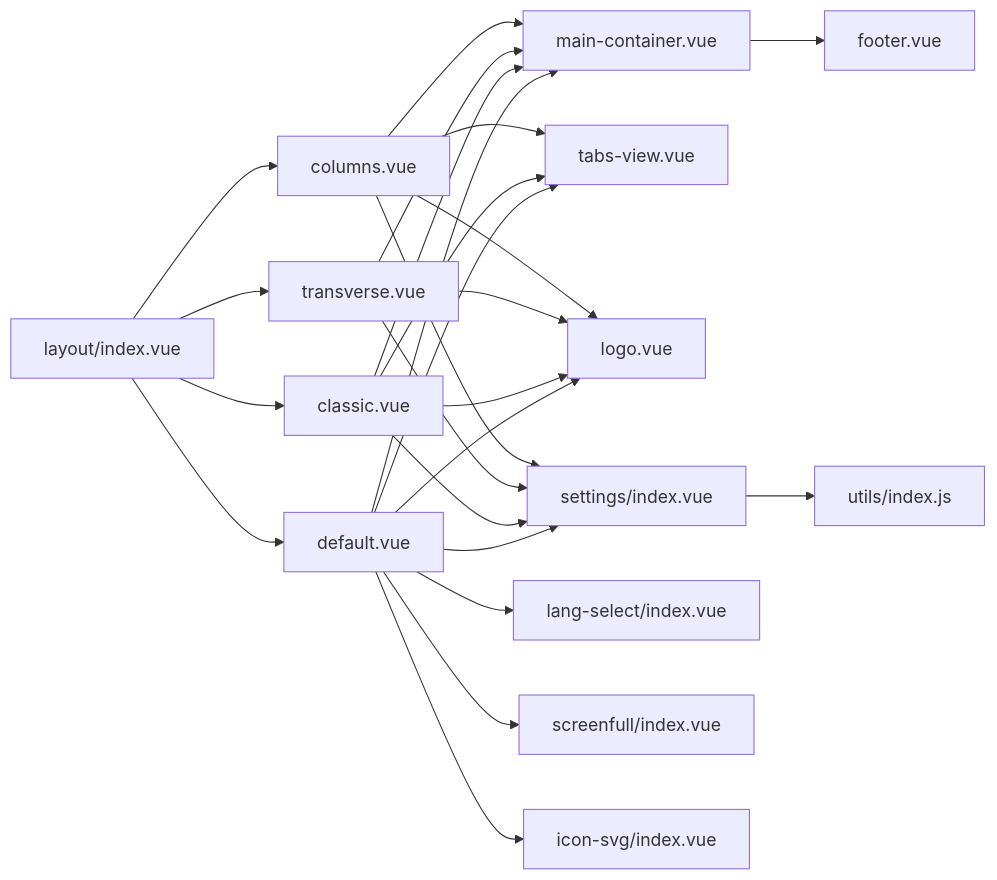
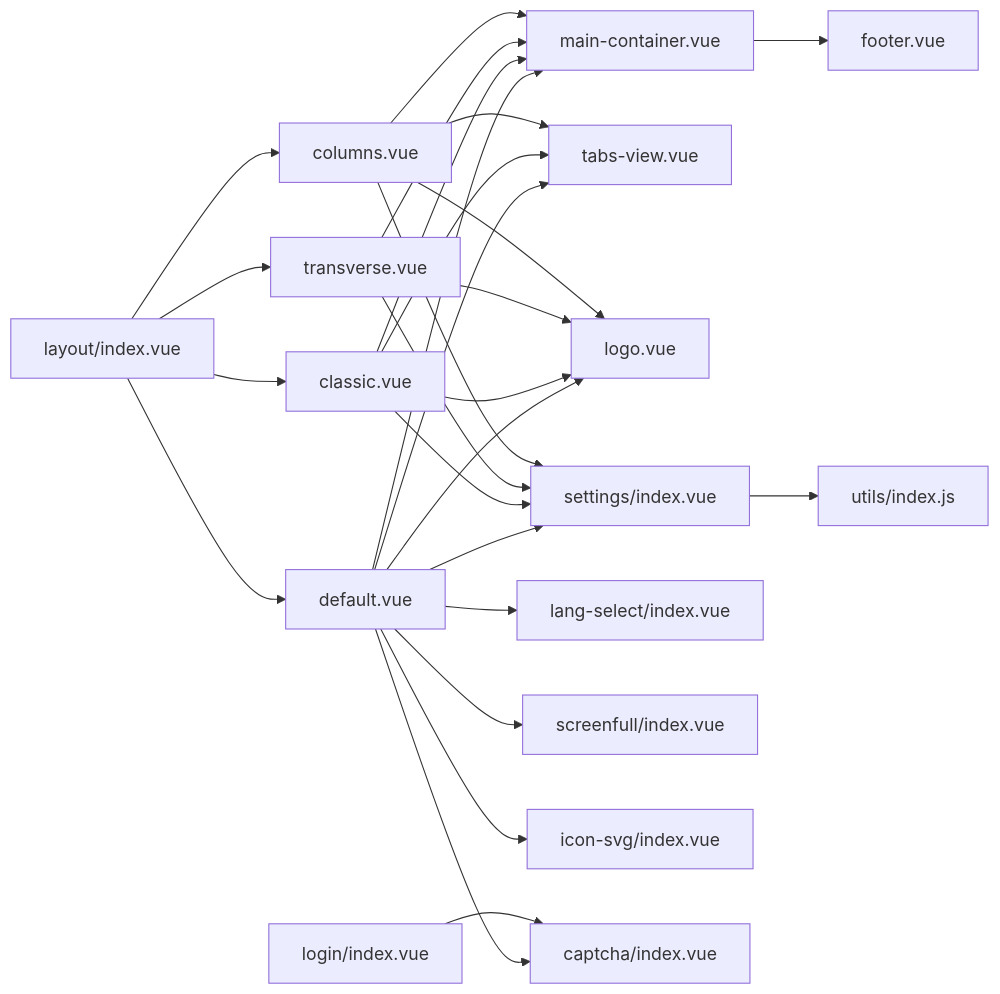
Before and after one commit to Neveryu/vue-cms: the eighth of 8 diagrams in .qoder/repowiki/zh/content/组件系统/组件系统.md, drawn with Mermaid. The commit also changed other lines of this file and 25 other files, not shown here.

````diff
--- a/.qoder/repowiki/zh/content/组件系统/组件系统.md
+++ b/.qoder/repowiki/zh/content/组件系统/组件系统.md
@@ -413,27 +450,29 @@
 ```mermaid
 graph LR
 LAYOUT_INDEX["layout/index.vue"] --> DEFAULT["default.vue"]
 LAYOUT_INDEX --> CLASSIC["classic.vue"]
 LAYOUT_INDEX --> TRANSVERSE["transverse.vue"]
 LAYOUT_INDEX --> COLUMNS["columns.vue"]
 DEFAULT --> MAIN_CONTAINER["main-container.vue"]
 CLASSIC --> MAIN_CONTAINER
 TRANSVERSE --> MAIN_CONTAINER
 COLUMNS --> MAIN_CONTAINER
 MAIN_CONTAINER --> FOOTER["footer.vue"]
 DEFAULT --> TABS["tabs-view.vue"]
 CLASSIC --> TABS
 COLUMNS --> TABS
 DEFAULT --> LOGO["logo.vue"]
 CLASSIC --> LOGO
 TRANSVERSE --> LOGO
 COLUMNS --> LOGO
 DEFAULT --> SETTINGS["settings/index.vue"]
 CLASSIC --> SETTINGS
 TRANSVERSE --> SETTINGS
 COLUMNS --> SETTINGS
 DEFAULT --> LANG["lang-select/index.vue"]
 DEFAULT --> SCREEN["screenfull/index.vue"]
 DEFAULT --> ICON["icon-svg/index.vue"]
+DEFAULT --> CAPTCHA["captcha/index.vue"]
 SETTINGS --> UTILS["utils/index.js"]
+LOGIN["login/index.vue"] --> CAPTCHA
 ```
````
